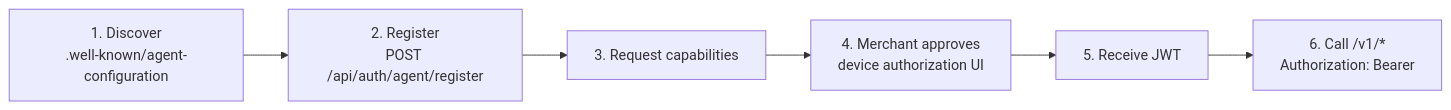
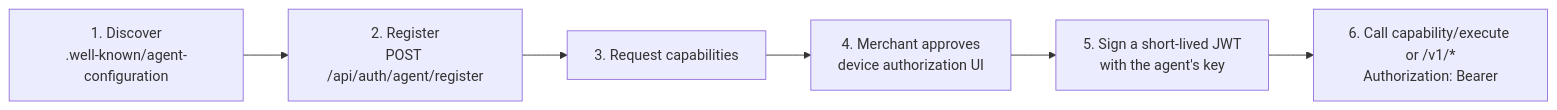
The first of 2 diagrams in apps/docs/content/docs/apps/api/agent-auth.mdx (rodrigobarona/prood-commerce-platform), drawn with Mermaid before and after one commit. The commit also changed other lines of this file and 152 other files, not shown here.

````diff
--- a/apps/docs/content/docs/apps/api/agent-auth.mdx
+++ b/apps/docs/content/docs/apps/api/agent-auth.mdx
@@ -49,8 +76,8 @@
 ```mermaid
 flowchart LR
   A["1. Discover<br/>.well-known/agent-configuration"] --> B["2. Register<br/>POST /api/auth/agent/register"]
   B --> C["3. Request capabilities"]
   C --> D["4. Merchant approves<br/>device authorization UI"]
-  D --> E["5. Receive JWT"]
-  E --> F["6. Call /v1/*<br/>Authorization: Bearer"]
+  D --> E["5. Sign a short-lived JWT<br/>with the agent's key"]
+  E --> F["6. Call capability/execute or /v1/*<br/>Authorization: Bearer"]
 ```
````
